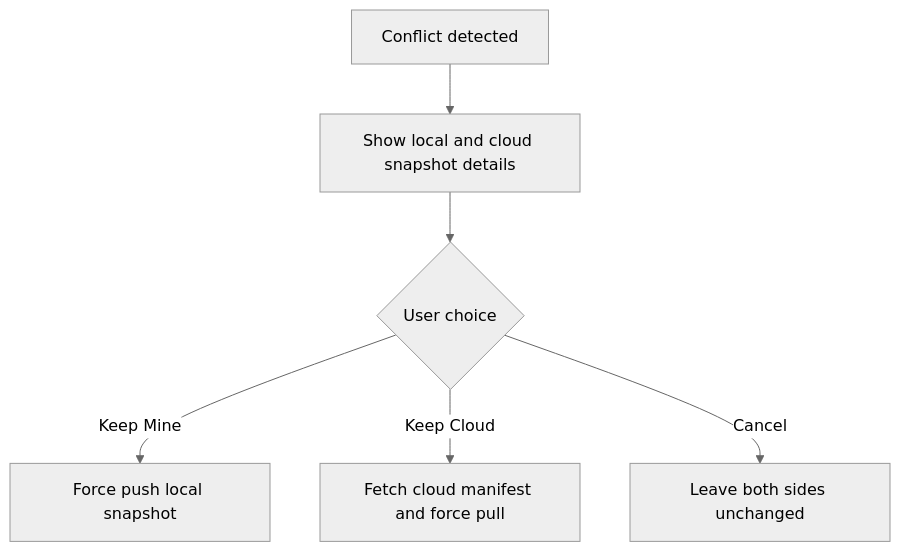
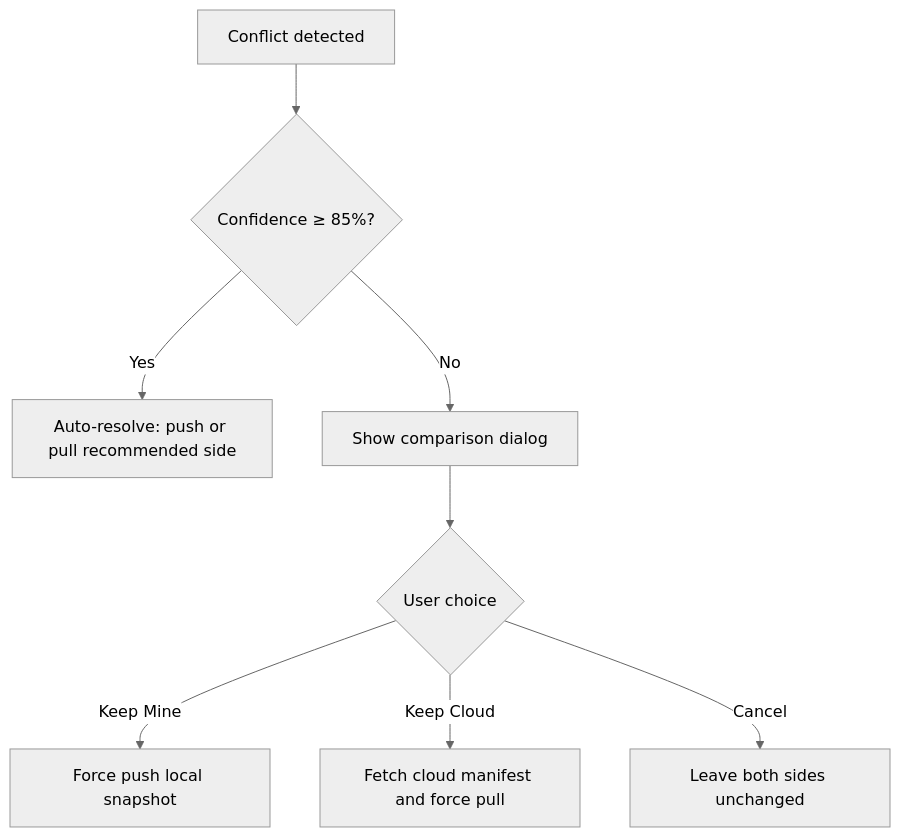
The fifth of 5 diagrams in docs/USER_GUIDE.md (d1p/savesync), drawn with Mermaid (neutral theme) before and after one commit. The commit also changed other lines of this file and 15 other files, not shown here.

First line of the commit message:
feat: confidence scoring, directory scanning, UI timestamps, auto-resolve safe conflicts

````diff
--- a/docs/USER_GUIDE.md
+++ b/docs/USER_GUIDE.md
@@ -169,8 +208,10 @@
 ```mermaid
 flowchart TD
-    A[Conflict detected] --> B[Show local and cloud snapshot details]
-    B --> C{User choice}
-    C -->|Keep Mine| D[Force push local snapshot]
-    C -->|Keep Cloud| E[Fetch cloud manifest and force pull]
-    C -->|Cancel| F[Leave both sides unchanged]
+    A[Conflict detected] --> B{Confidence ≥ 85%?}
+    B -->|Yes| C[Auto-resolve: push or pull recommended side]
+    B -->|No| D[Show comparison dialog]
+    D --> E{User choice}
+    E -->|Keep Mine| F[Force push local snapshot]
+    E -->|Keep Cloud| G[Fetch cloud manifest and force pull]
+    E -->|Cancel| H[Leave both sides unchanged]
 ```
````
